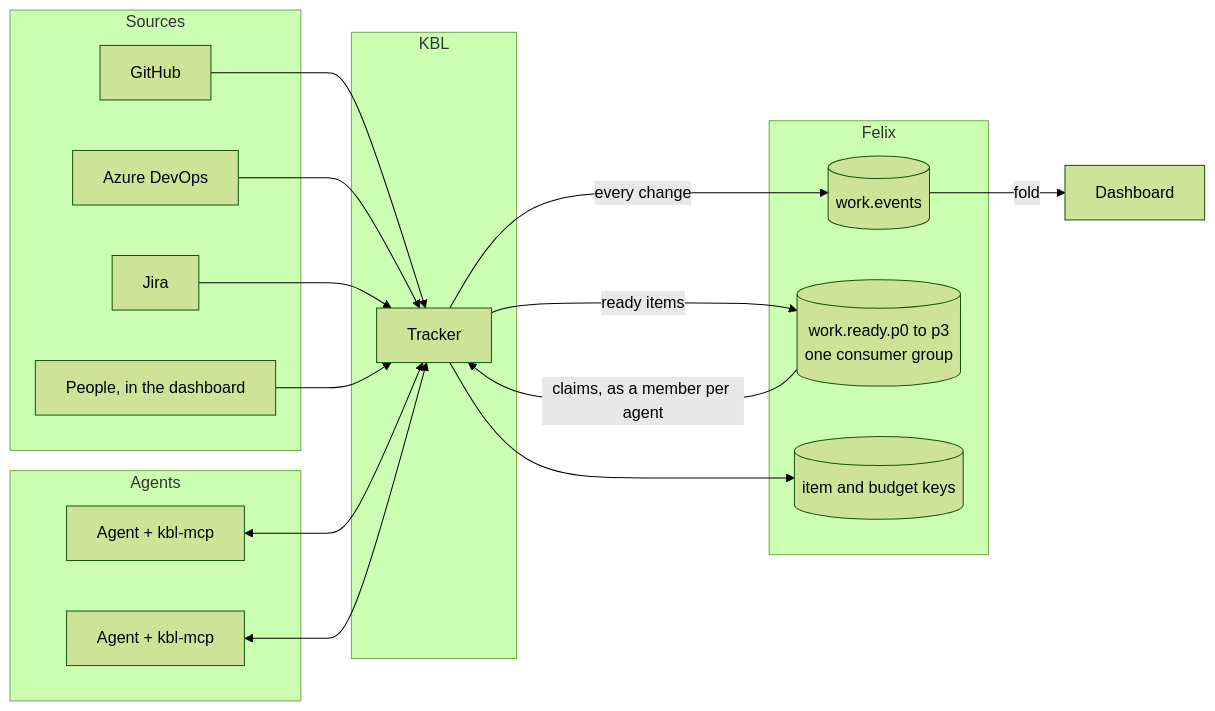
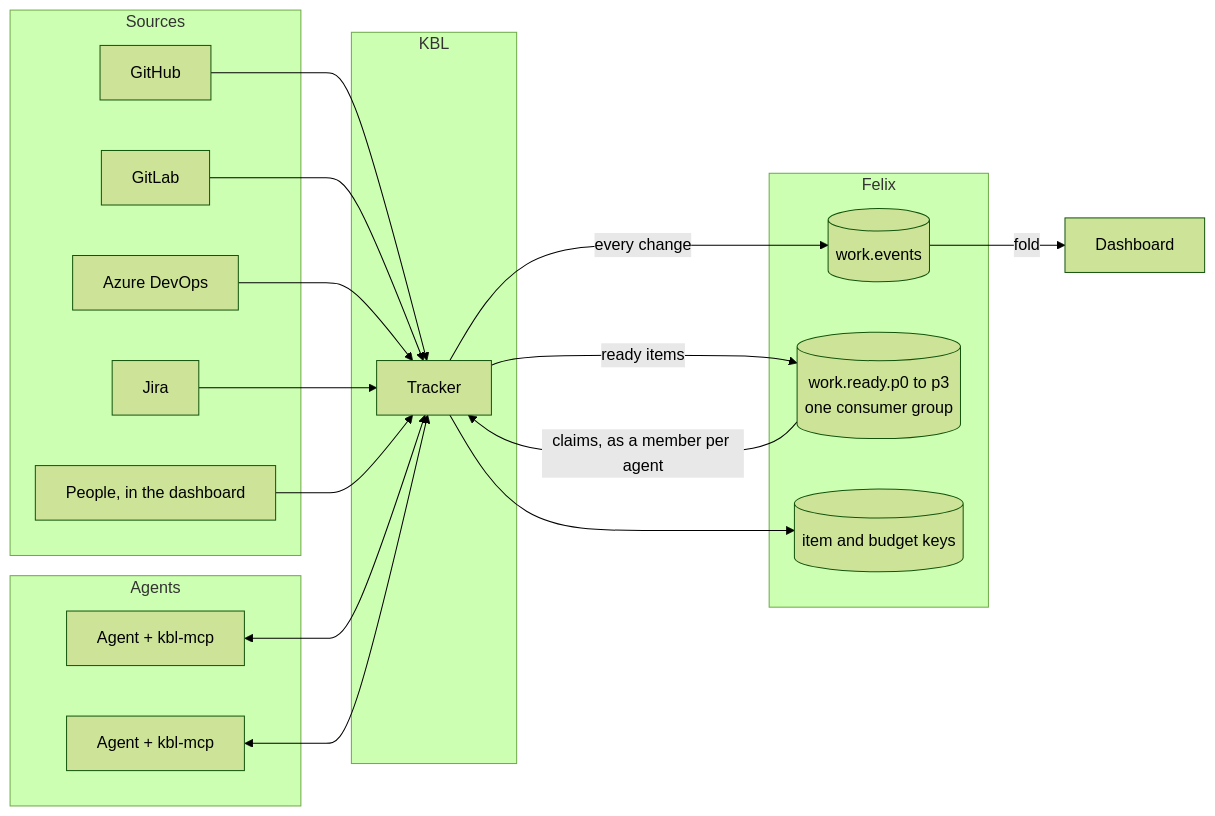
The first of 3 diagrams in docs/work-tracker.md (GetFelix/KBL), drawn with Mermaid (forest theme) before and after one commit. The commit also changed other lines of this file and 16 other files, not shown here.

First line of the commit message:
Ingest: GitLab source (#129) (#339)

````diff
--- a/docs/work-tracker.md
+++ b/docs/work-tracker.md
@@ -70,33 +70,35 @@
 ```mermaid
 flowchart LR
     subgraph Sources
         GH[GitHub]
+        GL[GitLab]
         ADO[Azure DevOps]
         JIRA[Jira]
         P[People, in the dashboard]
     end
     subgraph Agents
         A1[Agent + kbl-mcp]
         A2[Agent + kbl-mcp]
     end
     subgraph KBL
         T[Tracker]
     end
     subgraph Felix
         WE[(work.events)]
         RD[(work.ready.p0 to p3<br/>one consumer group)]
         KV[(item and budget keys)]
     end
     D[Dashboard]
     GH --> T
+    GL --> T
     ADO --> T
     JIRA --> T
     P --> T
     A1 <--> T
     A2 <--> T
     T -- every change --> WE
     T -- ready items --> RD
     RD -- claims, as a member per agent --> T
     T --> KV
     WE -- fold --> D
 ```
````
